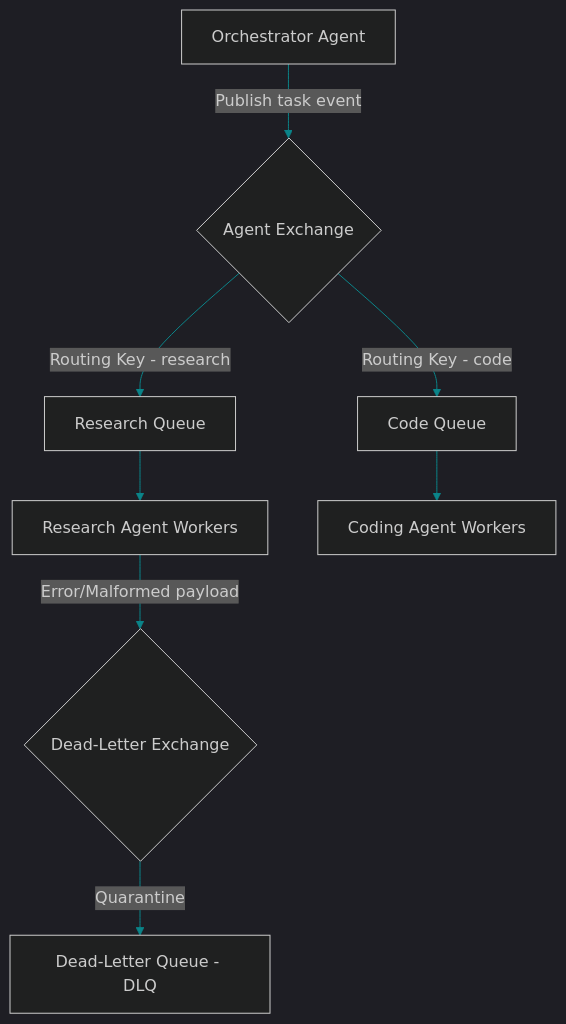
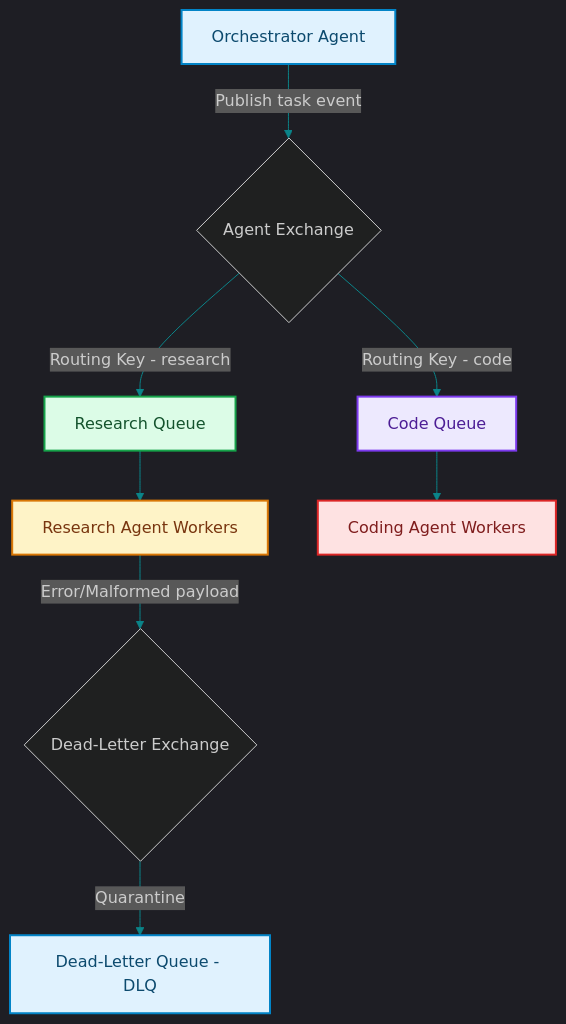
Before and after one commit to akmalkhaniub/akmalkhaniub.github.io: the diagram in blog/posts/system-design-event-driven-rabbitmq-celery.md, drawn with Mermaid. The commit also changed other lines of this file and 1291 other files, not shown here.

First line of the commit message:
feat(catalog): unique covers, scholarly references, and diagram palettes

````diff
--- a/blog/posts/system-design-event-driven-rabbitmq-celery.md
+++ b/blog/posts/system-design-event-driven-rabbitmq-celery.md
@@ -24,13 +24,24 @@
 ```mermaid
 %%{init: {'theme': 'dark', 'themeVariables': { 'primaryColor': '#0b8489', 'primaryTextColor': '#f3f4f6', 'primaryBorderColor': '#14b8a6', 'lineColor': '#0b8489', 'secondaryColor': '#111827', 'tertiaryColor': '#0b0f19'}}}%%
 flowchart TD
-    Orchestrator[Orchestrator Agent] -->|Publish task event| Exchange{Agent Exchange}
-    Exchange -->|Routing Key - research| QueueR[Research Queue]
-    Exchange -->|Routing Key - code| QueueC[Code Queue]
+    Orchestrator["Orchestrator Agent"] -->|Publish task event| Exchange{Agent Exchange}
+    Exchange -->|Routing Key - research| QueueR["Research Queue"]
+    Exchange -->|Routing Key - code| QueueC["Code Queue"]
     
-    QueueR --> WorkerR[Research Agent Workers]
-    QueueC --> WorkerC[Coding Agent Workers]
+    QueueR --> WorkerR["Research Agent Workers"]
+    QueueC --> WorkerC["Coding Agent Workers"]
     
     WorkerR -->|Error/Malformed payload| DLX{Dead-Letter Exchange}
-    DLX -->|Quarantine| DLQ[Dead-Letter Queue - DLQ]
+    DLX -->|Quarantine| DLQ["Dead-Letter Queue - DLQ"]
+
+classDef green fill:#dcfce7,stroke:#16a34a,stroke-width:2px,color:#14532d;
+classDef red fill:#fee2e2,stroke:#dc2626,stroke-width:2px,color:#7f1d1d;
+classDef blue fill:#e0f2fe,stroke:#0284c7,stroke-width:2px,color:#0c4a6e;
+classDef yellow fill:#fef3c7,stroke:#d97706,stroke-width:2px,color:#78350f;
+classDef purple fill:#ede9fe,stroke:#7c3aed,stroke-width:2px,color:#4c1d95;
+class Orchestrator,DLQ blue
+class QueueR green
+class QueueC purple
+class WorkerR yellow
+class WorkerC red
 ```
````
